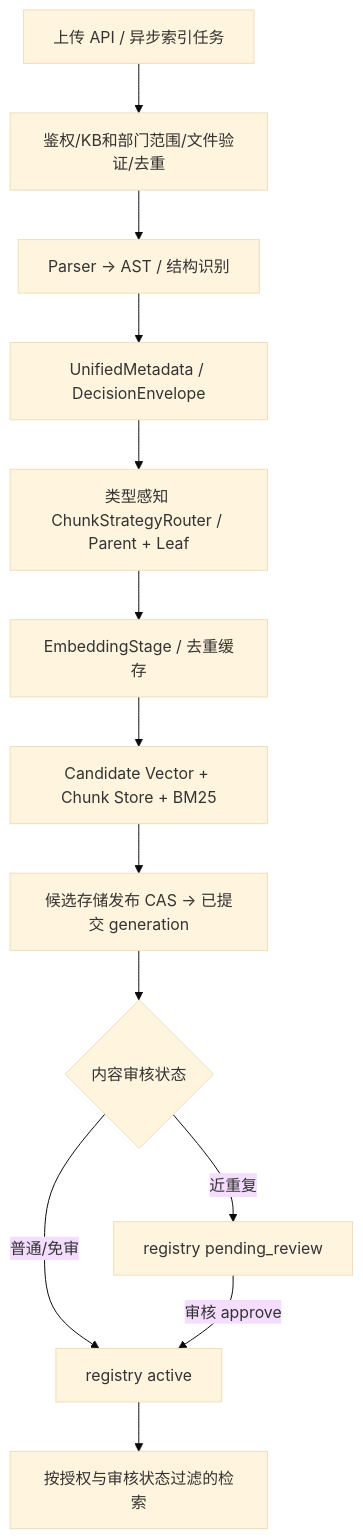
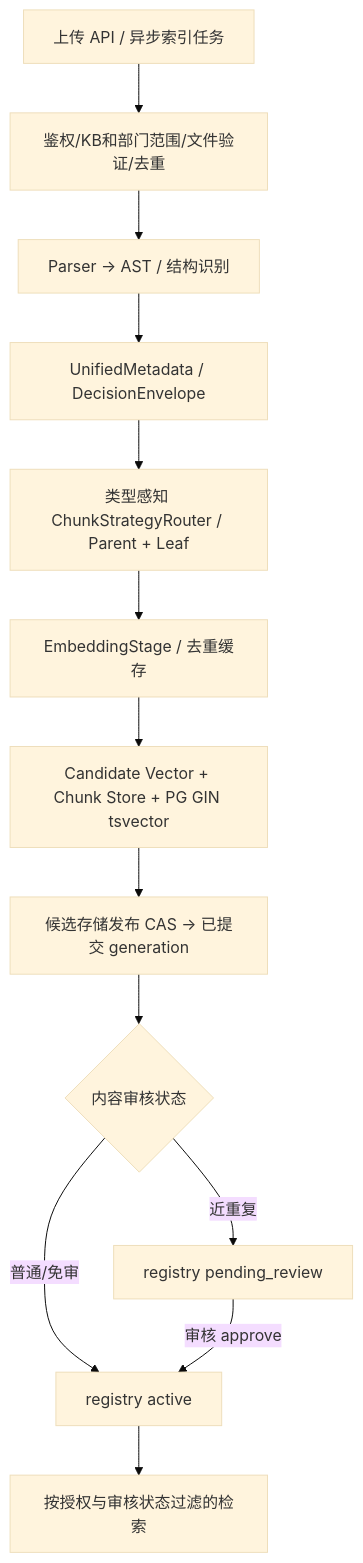
Before and after one commit to Jayus-07/agent: the first of 2 diagrams in docs/domains/rag.md, drawn with Mermaid (base theme). The commit also changed other lines of this file and 16 other files, not shown here.

````diff
--- a/docs/domains/rag.md
+++ b/docs/domains/rag.md
@@ -100,15 +101,15 @@
 ```mermaid
 flowchart TD
   UP[上传 API / 异步索引任务] --> V[鉴权/KB和部门范围/文件验证/去重]
   V --> PARSE[Parser -> AST / 结构识别]
   PARSE --> META[UnifiedMetadata / DecisionEnvelope]
   META --> CHUNK[类型感知 ChunkStrategyRouter / Parent + Leaf]
   CHUNK --> EMB[EmbeddingStage / 去重缓存]
-  EMB --> CAND[Candidate Vector + Chunk Store + BM25]
+  EMB --> CAND[Candidate Vector + Chunk Store + PG GIN tsvector]
   CAND --> PUB[候选存储发布 CAS -> 已提交 generation]
   PUB --> AUDIT{内容审核状态}
   AUDIT -->|普通/免审| ACTIVE[registry active]
   AUDIT -->|近重复| PENDING[registry pending_review]
   PENDING -->|审核 approve| ACTIVE
   ACTIVE --> SEARCH[按授权与审核状态过滤的检索]
 ```
````
